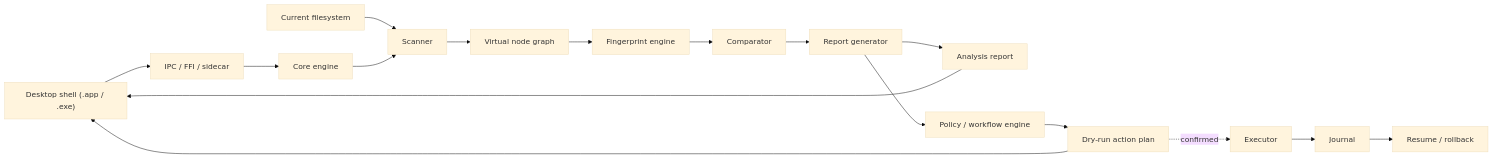
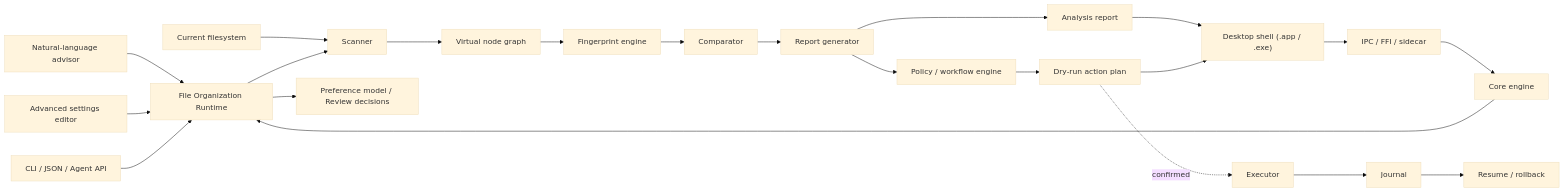
One commit to yzhang37/FileSage changed the diagram in docs/ARCHITECTURE.md. Above: the diagram before and after it, drawn with Mermaid (base theme). The commit also changed other lines of this file and 11 other files, not shown here.

Commit message:
Define runtime-centered advisor positioning

````diff
--- a/docs/ARCHITECTURE.md
+++ b/docs/ARCHITECTURE.md
@@ -7,19 +7,24 @@
 ```mermaid
 flowchart LR
+    NL["Natural-language advisor"] --> Runtime["File Organization Runtime"]
+    Settings["Advanced settings editor"] --> Runtime
+    API["CLI / JSON / Agent API"] --> Runtime
     UI["Desktop shell (.app / .exe)"] --> Bridge["IPC / FFI / sidecar"]
     Bridge --> Core["Core engine"]
+    Core --> Runtime
     A["Current filesystem"] --> B["Scanner"]
-    Core --> B
+    Runtime --> B
     B --> C["Virtual node graph"]
     C --> D["Fingerprint engine"]
     D --> E["Comparator"]
+    Runtime --> P["Preference model / Review decisions"]
     E --> F["Report generator"]
     F --> G["Analysis report"]
     F --> H["Policy / workflow engine"]
     H --> I["Dry-run action plan"]
     I -. confirmed .-> J["Executor"]
     J --> K["Journal"]
     K --> L["Resume / rollback"]
     G --> UI
     I --> UI
 ```
````
